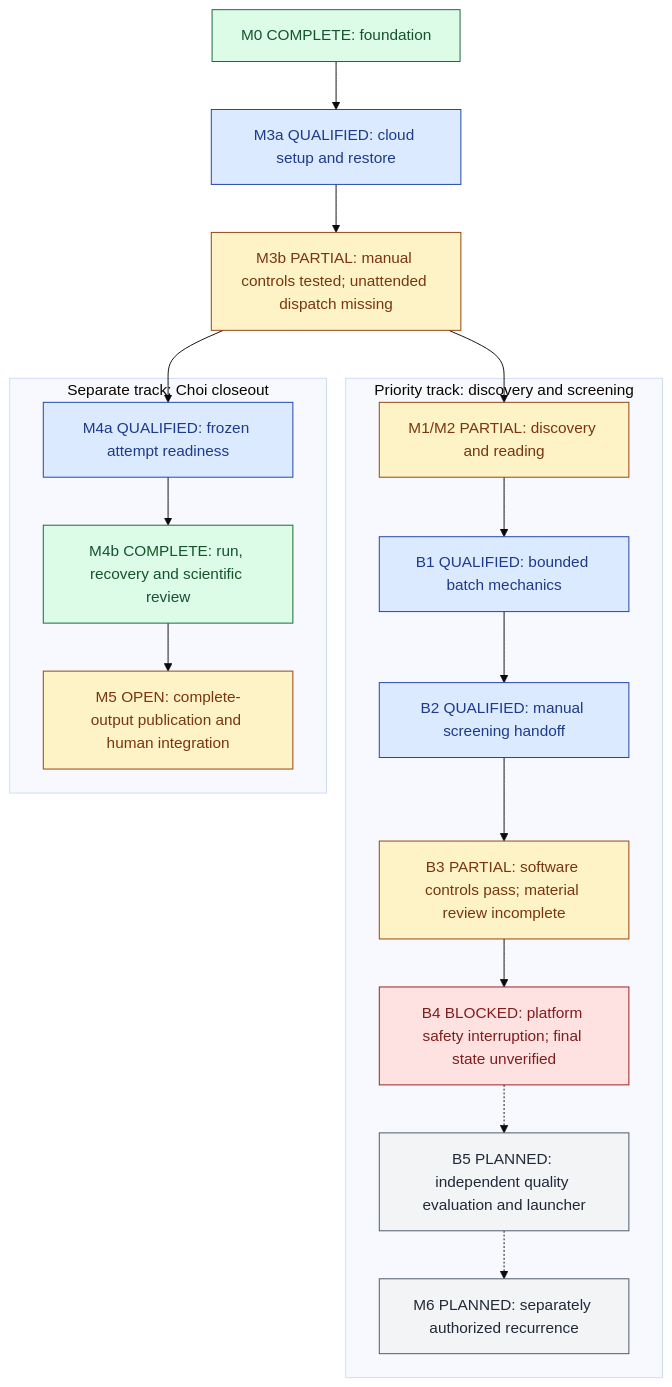
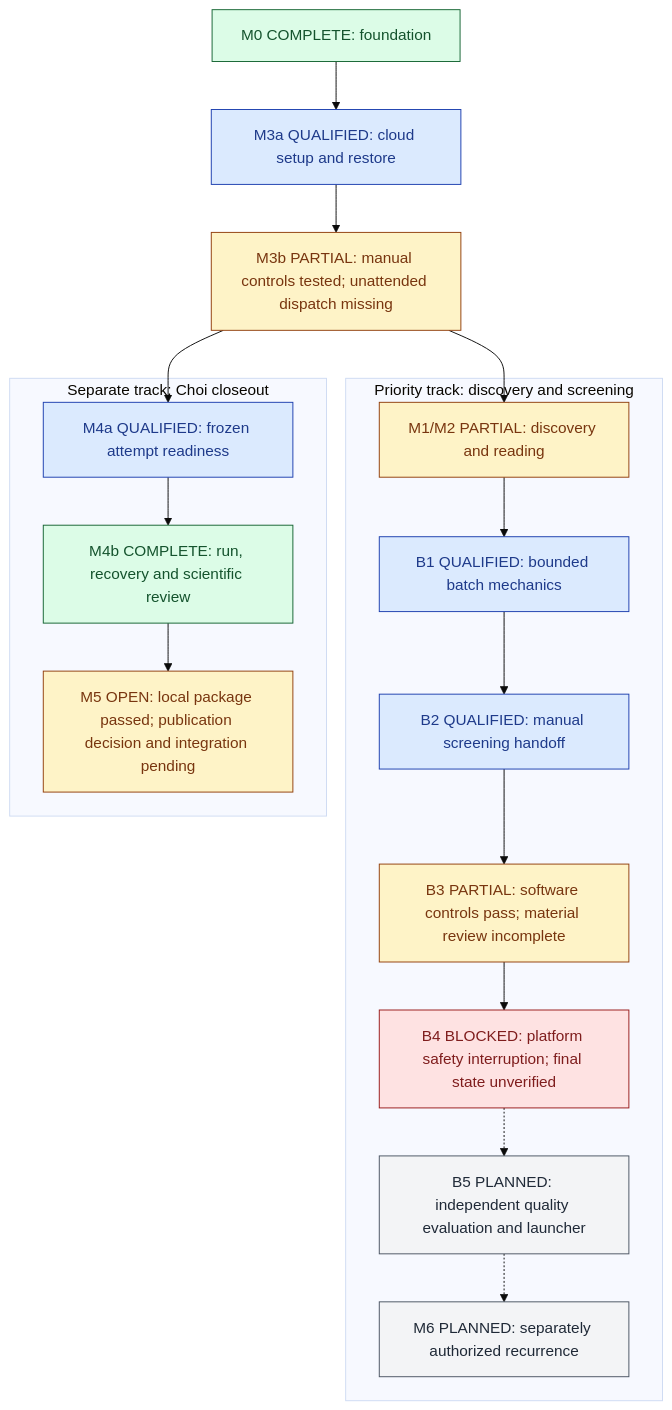
One commit to xorca0711/weft changed the diagram in docs/IMPLEMENTATION_PLAN.md. Above: the diagram before and after it, drawn with Mermaid (base theme). The commit also changed other lines of this file and 10 other files, not shown here.

Commit message:
Record merged backend stack and prepare complete Choi publication package

````diff
--- a/docs/IMPLEMENTATION_PLAN.md
+++ b/docs/IMPLEMENTATION_PLAN.md
@@ -113,29 +113,29 @@
 ```mermaid
 flowchart TD
     F["M0 COMPLETE: foundation"] --> E["M3a QUALIFIED: cloud setup and restore"]
     E --> J["M3b PARTIAL: manual controls tested; unattended dispatch missing"]
     subgraph BACKEND["Priority track: discovery and screening"]
         Q["M1/M2 PARTIAL: discovery and reading"] --> B1["B1 QUALIFIED: bounded batch mechanics"]
         B1 --> B2["B2 QUALIFIED: manual screening handoff"]
         B2 --> B3["B3 PARTIAL: software controls pass; material review incomplete"]
         B3 --> B4["B4 BLOCKED: platform safety interruption; final state unverified"]
         B4 -.-> B5["B5 PLANNED: independent quality evaluation and launcher"]
         B5 -.-> M6["M6 PLANNED: separately authorized recurrence"]
     end
     subgraph PILOT["Separate track: Choi closeout"]
         R["M4a QUALIFIED: frozen attempt readiness"] --> C["M4b COMPLETE: run, recovery and scientific review"]
-        C --> I["M5 OPEN: complete-output publication and human integration"]
+        C --> I["M5 OPEN: local package passed; publication decision and integration pending"]
     end
     J --> Q
     J --> R
     classDef done fill:#dcfce7,stroke:#166534,color:#14532d
     classDef qualified fill:#dbeafe,stroke:#1e40af,color:#1e3a8a
     classDef partial fill:#fef3c7,stroke:#92400e,color:#78350f
     classDef blocked fill:#fee2e2,stroke:#991b1b,color:#7f1d1d
     classDef planned fill:#f3f4f6,stroke:#4b5563,color:#1f2937
     class F,C done
     class E,B1,B2,R qualified
     class J,Q,B3,I partial
     class B4 blocked
     class B5,M6 planned
 ```
````
